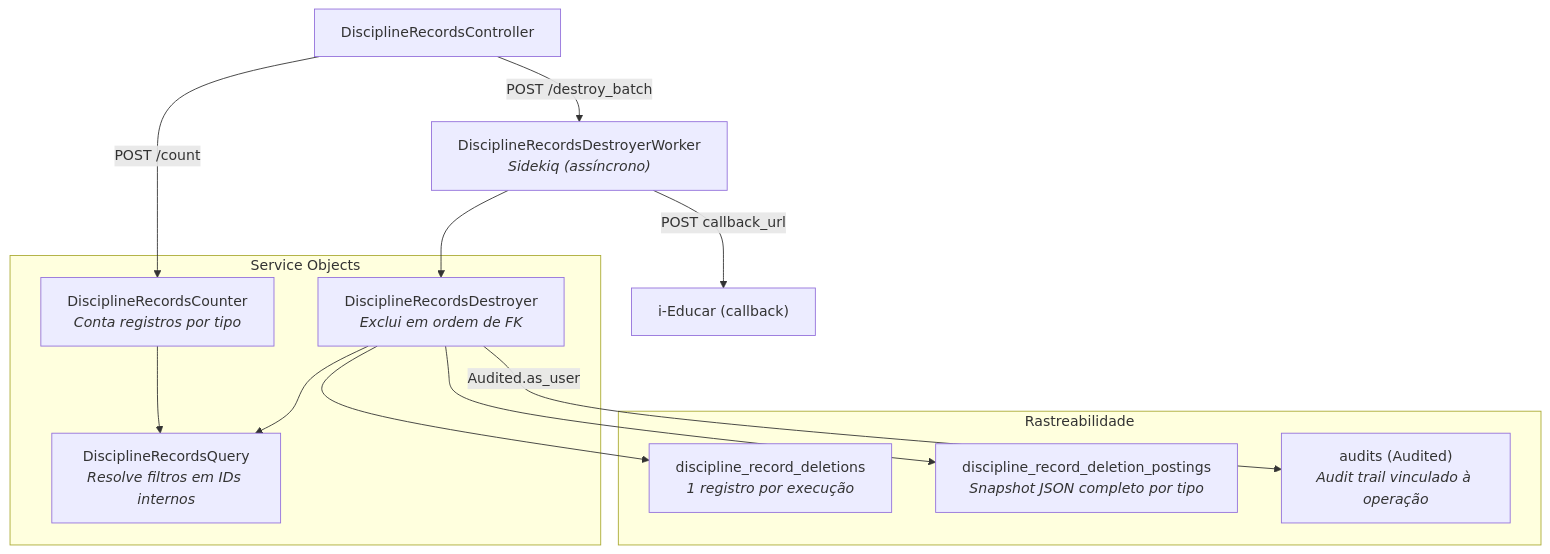
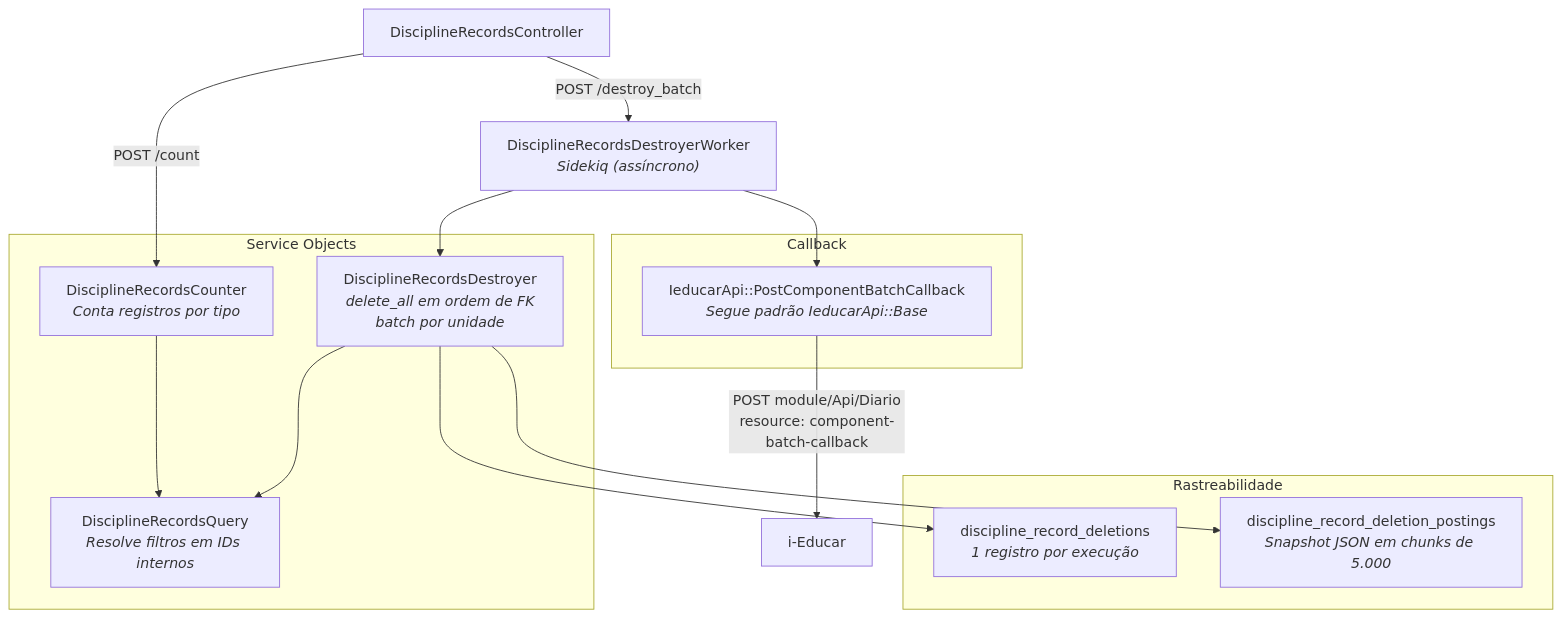
Before and after one commit to portabilis/i-diario: the second of 4 diagrams in docs/api-v2-exclusao-lote-disciplinas.md, drawn with Mermaid. The commit also changed other lines of this file, not shown here.

Commit message:
docs: atualiza documentação da API v2 com operation_id, delete_all e batch por unidade

````diff
--- a/docs/api-v2-exclusao-lote-disciplinas.md
+++ b/docs/api-v2-exclusao-lote-disciplinas.md
@@ -60,27 +60,30 @@
 ```mermaid
 flowchart TB
     Controller["DisciplineRecordsController"]
     Worker["DisciplineRecordsDestroyerWorker<br/><i>Sidekiq (assíncrono)</i>"]
 
     subgraph Services ["Service Objects"]
         Query["DisciplineRecordsQuery<br/><i>Resolve filtros em IDs internos</i>"]
         Counter["DisciplineRecordsCounter<br/><i>Conta registros por tipo</i>"]
-        Destroyer["DisciplineRecordsDestroyer<br/><i>Exclui em ordem de FK</i>"]
+        Destroyer["DisciplineRecordsDestroyer<br/><i>delete_all em ordem de FK<br/>batch por unidade</i>"]
     end
 
     subgraph Rastreabilidade
         Deletion["discipline_record_deletions<br/><i>1 registro por execução</i>"]
-        Postings["discipline_record_deletion_postings<br/><i>Snapshot JSON completo por tipo</i>"]
-        Audits["audits (Audited)<br/><i>Audit trail vinculado à operação</i>"]
+        Postings["discipline_record_deletion_postings<br/><i>Snapshot JSON em chunks de 5.000</i>"]
+    end
+
+    subgraph Callback
+        CallbackSvc["IeducarApi::PostComponentBatchCallback<br/><i>Segue padrão IeducarApi::Base</i>"]
     end
 
     Controller -- "POST /count" --> Counter
     Controller -- "POST /destroy_batch" --> Worker
     Worker --> Destroyer
-    Worker -- "POST callback_url" --> Callback["i-Educar (callback)"]
+    Worker --> CallbackSvc
+    CallbackSvc -- "POST module/Api/Diario<br/>resource: component-batch-callback" --> iEducar["i-Educar"]
     Counter --> Query
     Destroyer --> Query
     Destroyer --> Deletion
     Destroyer --> Postings
-    Destroyer -- "Audited.as_user" --> Audits
 ```
````
